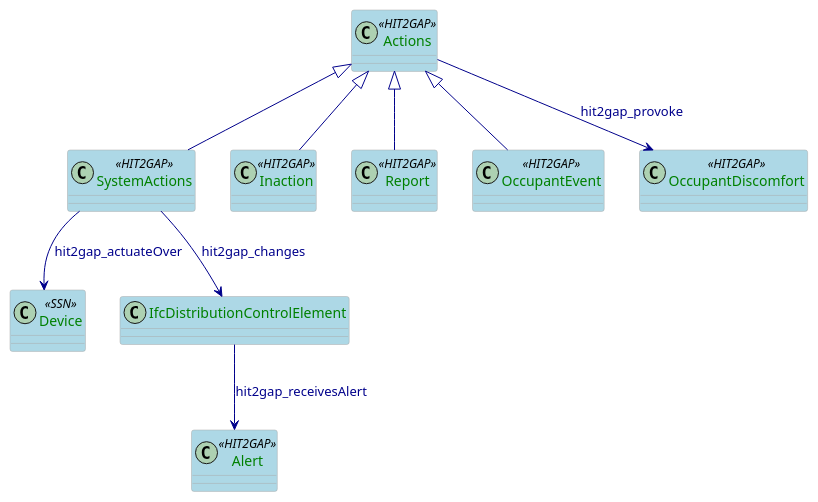
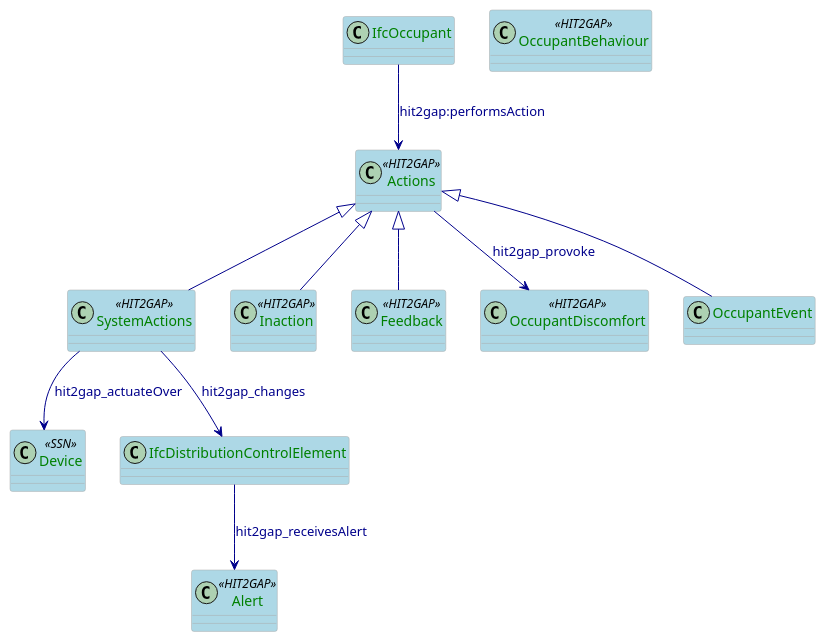
The diagram in docs/_book/plantuml/ActionSpecification.puml (HIT2GAP-EU-PROJECT/BEMOnt), drawn with PlantUML before and after one commit. The commit also changed 24 other files, not shown here.

```diff
--- a/docs/_book/plantuml/ActionSpecification.puml
+++ b/docs/_book/plantuml/ActionSpecification.puml
@@ -1,54 +1,57 @@
 @startuml
 
 skinparam class {
   ArrowColor DarkBlue
   ArrowFontColor DarkBlue
   BackgroundColor LightBlue
   BorderColor DarkGrey
 }
 skinparam stereotypeCBackgroundColor Wheat
 skinparam classAttributeFontColor  Green
 
 class Actions <<HIT2GAP>>{
 
 }
 
 class SystemActions<<HIT2GAP>>{
 
 }
 
 class Device <<SSN>>{
 
 }
 
 class Alert <<HIT2GAP>>{
 
 }
 
 class Inaction <<HIT2GAP>>{
 
 }
 
-class Report <<HIT2GAP>>{
+class Feedback <<HIT2GAP>>{
 
 }
 
-class OccupantEvent<<HIT2GAP>>{
+
+class OccupantBehaviour<<HIT2GAP>>{
 
 }
 
 class OccupantDiscomfort <<HIT2GAP>>{
 
 }
 
 Actions <|-- SystemActions
 Actions <|-- Inaction
-Actions <|-- Report
+
+Actions <|-- Feedback
 Actions <|-- OccupantEvent
 
 Actions --> OccupantDiscomfort:hit2gap_provoke
 SystemActions --> IfcDistributionControlElement:hit2gap_changes
 IfcDistributionControlElement --> Alert: hit2gap_receivesAlert
 SystemActions --> Device: hit2gap_actuateOver
+IfcOccupant --> Actions: hit2gap:performsAction
 
 @enduml
```
